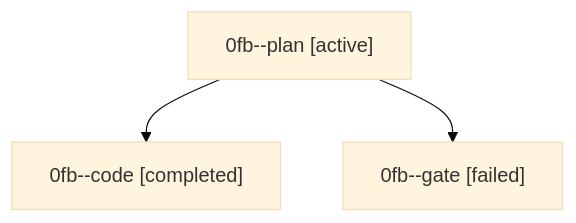
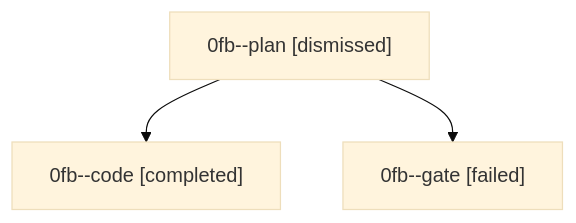
Before and after one commit to sase-org/sase--agents: the diagram in sessions/bbugyi200.athena.0fb.md, drawn with Mermaid (base theme). The commit also changed other lines of this file and 28 other files, not shown here.

````diff
--- a/sessions/bbugyi200.athena.0fb.md
+++ b/sessions/bbugyi200.athena.0fb.md
@@ -9,8 +9,8 @@
 ```mermaid
 flowchart TD
-  n0["0fb--plan [active]"]
+  n0["0fb--plan [dismissed]"]
   n1["0fb--code [completed]"]
   n0 --> n1
   n2["0fb--gate [failed]"]
   n0 --> n2
 ```
````
